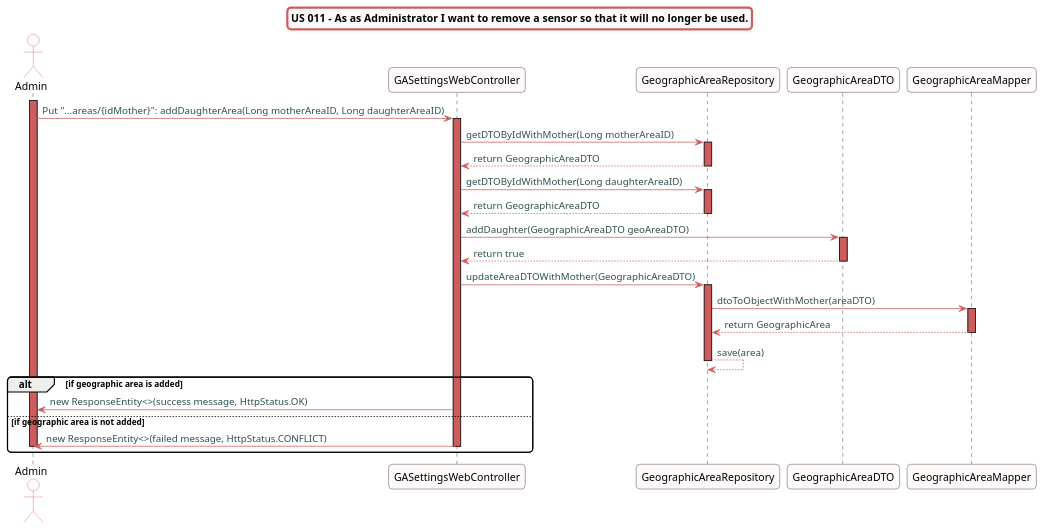
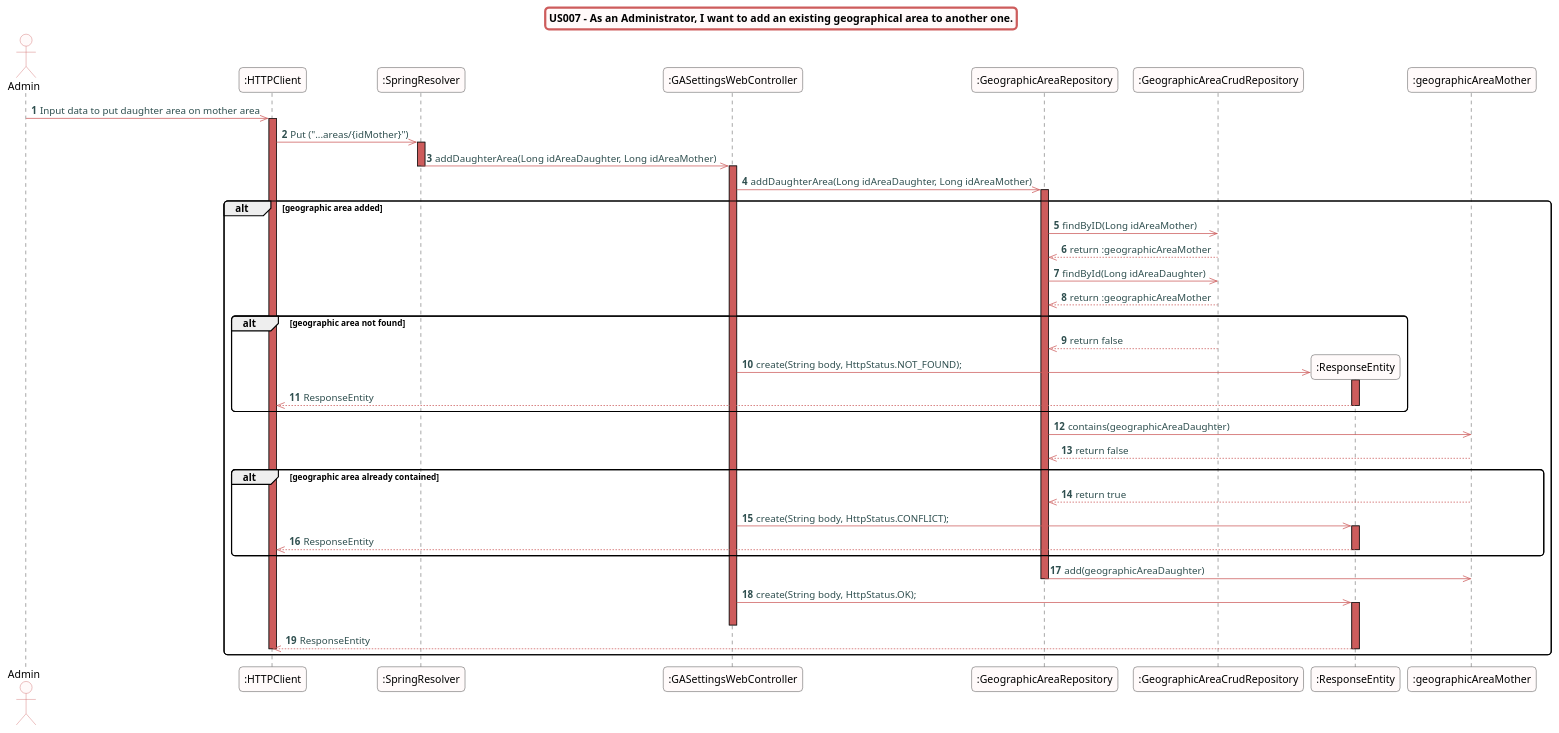
The diagram in src/doc/WEB_Controllers/GASettings/US007/US007_sd_GASettingsWebController.puml (Almadanmp/project), drawn with PlantUML before and after one commit. The commit also changed 4 other files, not shown here.

```diff
--- a/src/doc/WEB_Controllers/GASettings/US007/US007_sd_GASettingsWebController.puml
+++ b/src/doc/WEB_Controllers/GASettings/US007/US007_sd_GASettingsWebController.puml
@@ -1,62 +1,73 @@
 @startuml
 skinparam titleBorderRoundCorner 10
 skinparam titleBorderThickness 3
 skinparam titleBorderColor indianred
 skinparam titleBackgroundColor snow
 skinparam FontName quicksand
 
 skinparam actor {
  	BorderColor indianred
  	backgroundColor Snow
  	}
 
  skinparam sequence {
  	LifeLineBackgroundColor indianred
  	ParticipantBackgroundColor snow
 }
 
  skinparam roundcorner 10
 
  skinparam component {
    arrowThickness 1
    ArrowFontName Verdana
    ArrowColor indianred
    ArrowFontColor darkslategrey
  }
-title US 011 - As as Administrator I want to remove a sensor so that it will no longer be used.
+title US007 - As an Administrator, I want to add an existing geographical area to another one.
+autonumber
+actor "Admin"
+"Admin" ->> ":HTTPClient":  Input data to put daughter area on mother area
+activate ":HTTPClient"
+":HTTPClient" ->> ":SpringResolver": Put ("...areas/{idMother}")
+activate ":SpringResolver"
+":SpringResolver" ->> ":GASettingsWebController": addDaughterArea(Long idAreaDaughter, Long idAreaMother)
+deactivate ":SpringResolver"
+activate ":GASettingsWebController"
+":GASettingsWebController" ->> ":GeographicAreaRepository": addDaughterArea(Long idAreaDaughter, Long idAreaMother)
+alt geographic area added
+activate ":GeographicAreaRepository"
+":GeographicAreaRepository" ->> ":GeographicAreaCrudRepository": findByID(Long idAreaMother)
+":GeographicAreaCrudRepository" -->> ":GeographicAreaRepository": return :geographicAreaMother
+":GeographicAreaRepository" ->> ":GeographicAreaCrudRepository": findById(Long idAreaDaughter)
+":GeographicAreaCrudRepository" -->> ":GeographicAreaRepository": return :geographicAreaMother
+alt geographic area not found
+":GeographicAreaCrudRepository" -->> ":GeographicAreaRepository": return false
+create ":ResponseEntity"
+":GASettingsWebController" ->> ":ResponseEntity": create(String body, HttpStatus.NOT_FOUND);
+activate ":ResponseEntity"
+":ResponseEntity" -->> ":HTTPClient": ResponseEntity
+deactivate ":ResponseEntity"
+end
+":GeographicAreaRepository" ->> ":geographicAreaMother": contains(geographicAreaDaughter)
+":geographicAreaMother" -->> ":GeographicAreaRepository": return false
+alt geographic area already contained
+":geographicAreaMother" -->> ":GeographicAreaRepository": return true
+":GASettingsWebController" ->> ":ResponseEntity": create(String body, HttpStatus.CONFLICT);
+activate ":ResponseEntity"
+":ResponseEntity" -->> ":HTTPClient": ResponseEntity
+deactivate ":ResponseEntity"
+end
+":GeographicAreaRepository" ->> ":geographicAreaMother": add(geographicAreaDaughter)
+deactivate ":GeographicAreaRepository"
 
-actor "Admin"
-activate "Admin"
-"Admin" -> "GASettingsWebController":  Put "...areas/{idMother}": addDaughterArea(Long motherAreaID, Long daughterAreaID)
-activate "GASettingsWebController"
-"GASettingsWebController" -> "GeographicAreaRepository": getDTOByIdWithMother(Long motherAreaID)
-activate "GeographicAreaRepository"
-"GeographicAreaRepository" --> "GASettingsWebController": return GeographicAreaDTO
-deactivate "GeographicAreaRepository"
+":GASettingsWebController" ->> ":ResponseEntity": create(String body, HttpStatus.OK);
+activate ":ResponseEntity"
+deactivate ":GASettingsWebController"
+":ResponseEntity" -->> ":HTTPClient": ResponseEntity
 
-"GASettingsWebController" -> "GeographicAreaRepository": getDTOByIdWithMother(Long daughterAreaID)
-activate "GeographicAreaRepository"
-"GeographicAreaRepository" --> "GASettingsWebController": return GeographicAreaDTO
-deactivate "GeographicAreaRepository"
-"GASettingsWebController" -> "GeographicAreaDTO": addDaughter(GeographicAreaDTO geoAreaDTO)
-activate "GeographicAreaDTO"
-"GeographicAreaDTO" --> "GASettingsWebController": return true
-deactivate "GeographicAreaDTO"
-"GASettingsWebController" -> "GeographicAreaRepository": updateAreaDTOWithMother(GeographicAreaDTO)
-activate "GeographicAreaRepository"
-"GeographicAreaRepository" -> "GeographicAreaMapper": dtoToObjectWithMother(areaDTO)
-activate "GeographicAreaMapper"
-"GeographicAreaMapper" --> "GeographicAreaRepository": return GeographicArea
-deactivate "GeographicAreaMapper"
-"GeographicAreaRepository" --> "GeographicAreaRepository": save(area)
-deactivate "GeographicAreaRepository"
-
-alt if geographic area is added
-"GASettingsWebController" -> "Admin": new ResponseEntity<>(success message, HttpStatus.OK)
-else if geographic area is not added
-"GASettingsWebController" -> "Admin": new ResponseEntity<>(failed message, HttpStatus.CONFLICT)
-deactivate "GASettingsWebController"
-deactivate "Admin"
+deactivate ":ResponseEntity"
+deactivate ":HTTPClient"
 end
 
+
 @enduml
```
